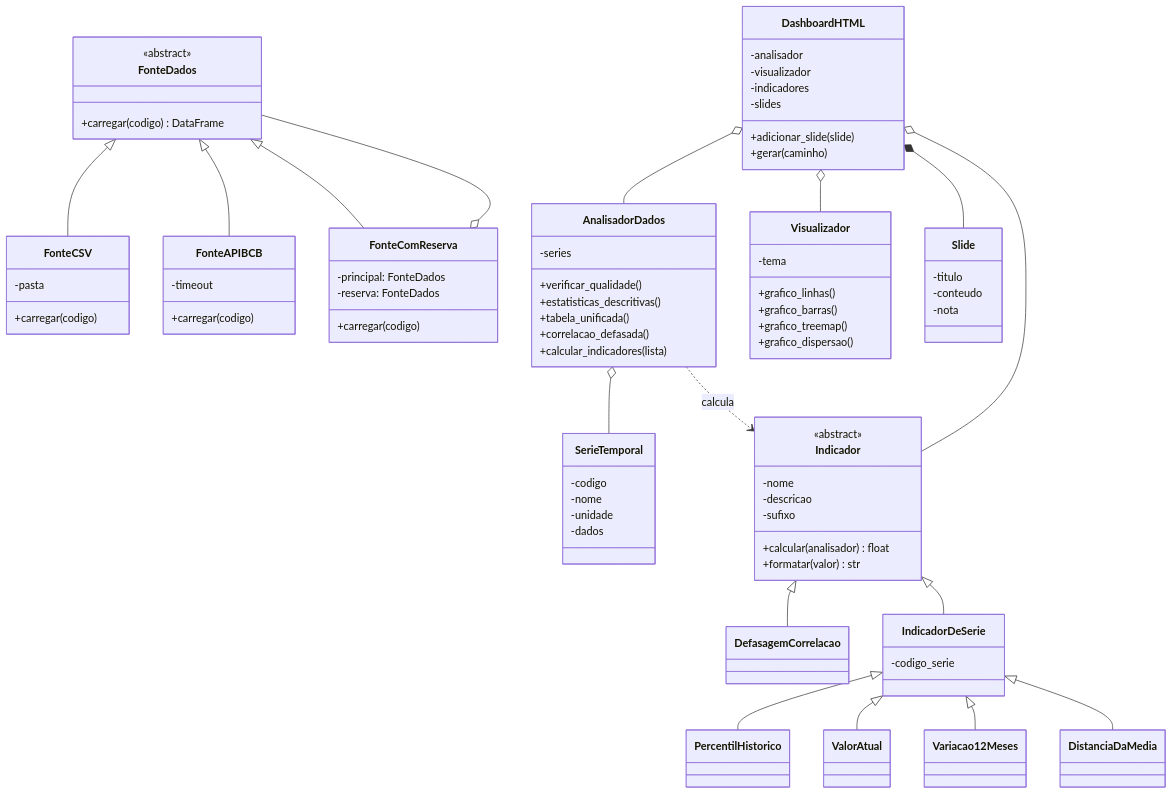
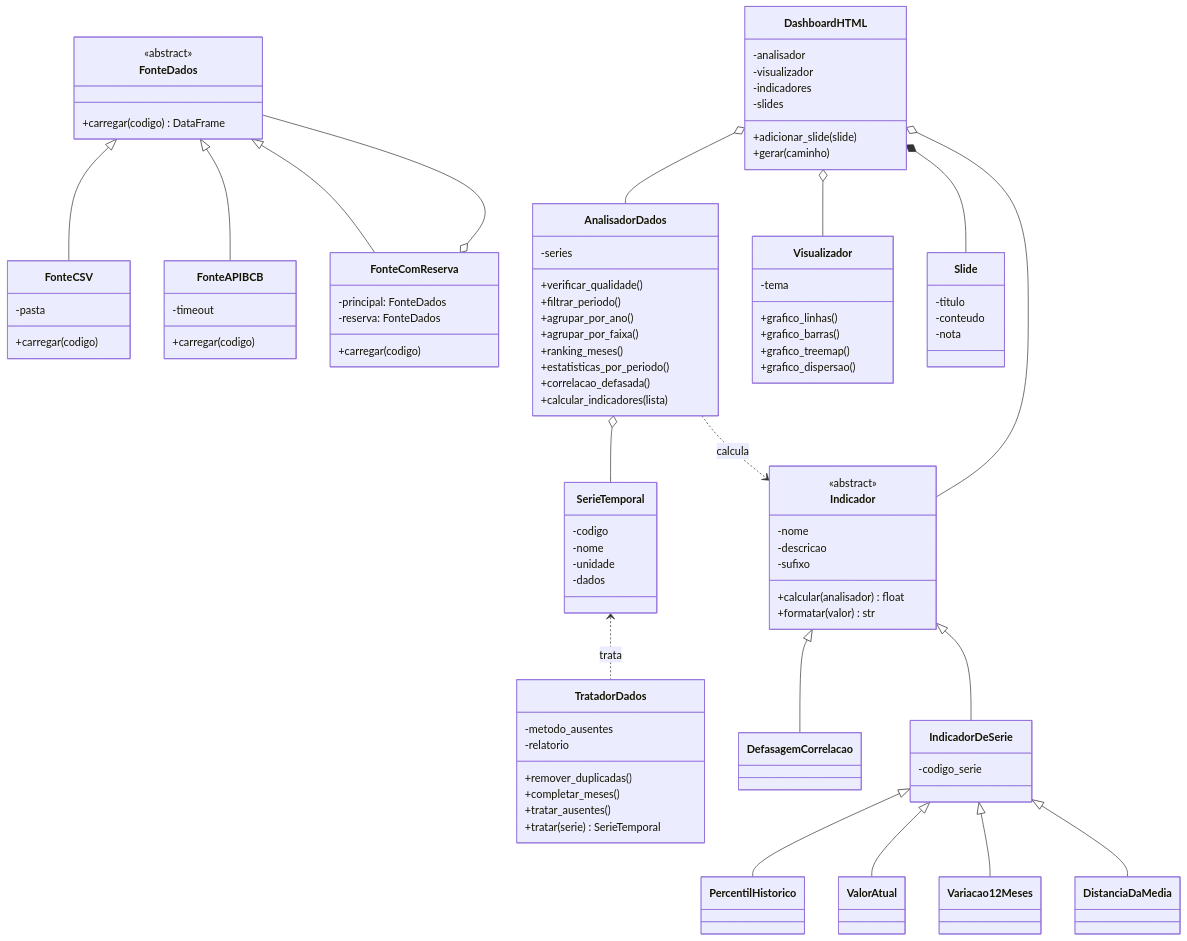
The diagram in README.md (dugrossi/ProjetoEconomia), drawn with Mermaid before and after one commit. The commit also changed other lines of this file and 6 other files, not shown here.

````diff
--- a/README.md
+++ b/README.md
@@ -62,11 +62,22 @@
     -unidade
     -dados
   }
+  class TratadorDados {
+    -metodo_ausentes
+    -relatorio
+    +remover_duplicadas()
+    +completar_meses()
+    +tratar_ausentes()
+    +tratar(serie) SerieTemporal
+  }
   class AnalisadorDados {
     -series
     +verificar_qualidade()
-    +estatisticas_descritivas()
-    +tabela_unificada()
+    +filtrar_periodo()
+    +agrupar_por_ano()
+    +agrupar_por_faixa()
+    +ranking_meses()
+    +estatisticas_por_periodo()
     +correlacao_defasada()
     +calcular_indicadores(lista)
   }
@@ -122,4 +133,5 @@
   DashboardHTML o-- Visualizador
   DashboardHTML o-- Indicador
   DashboardHTML *-- Slide
+  SerieTemporal <.. TratadorDados : trata
 ```
````
